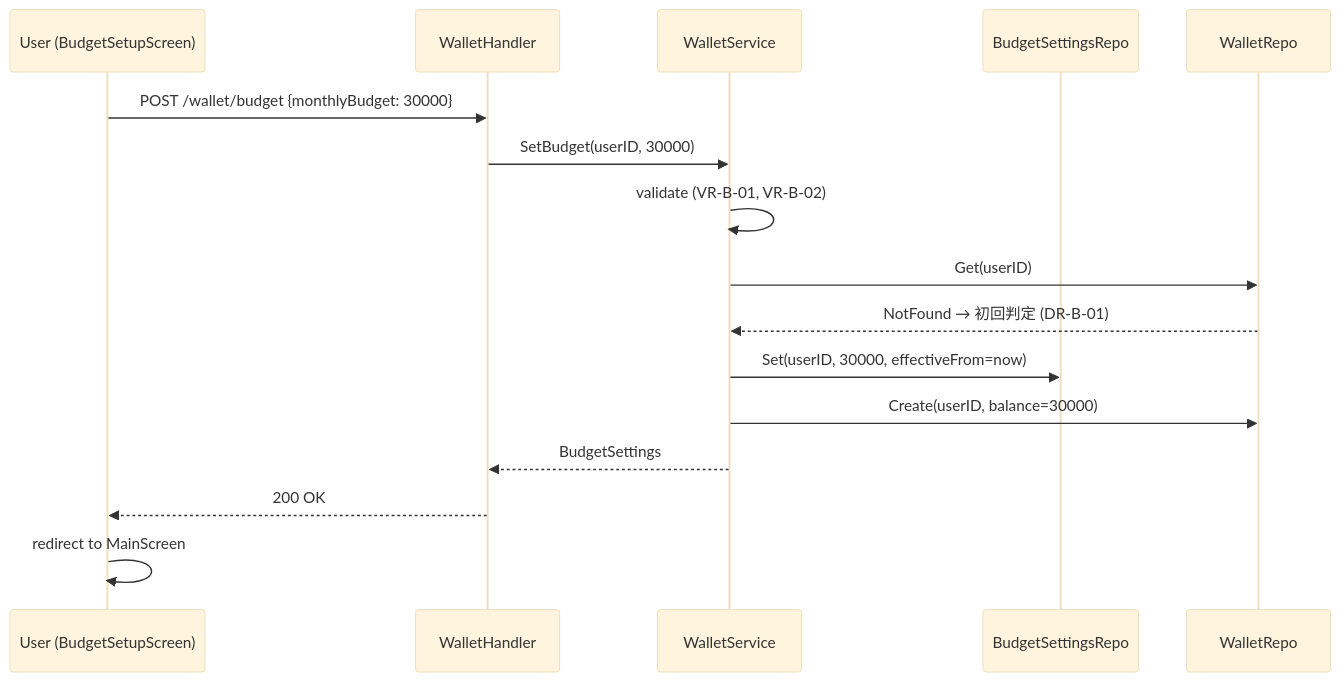
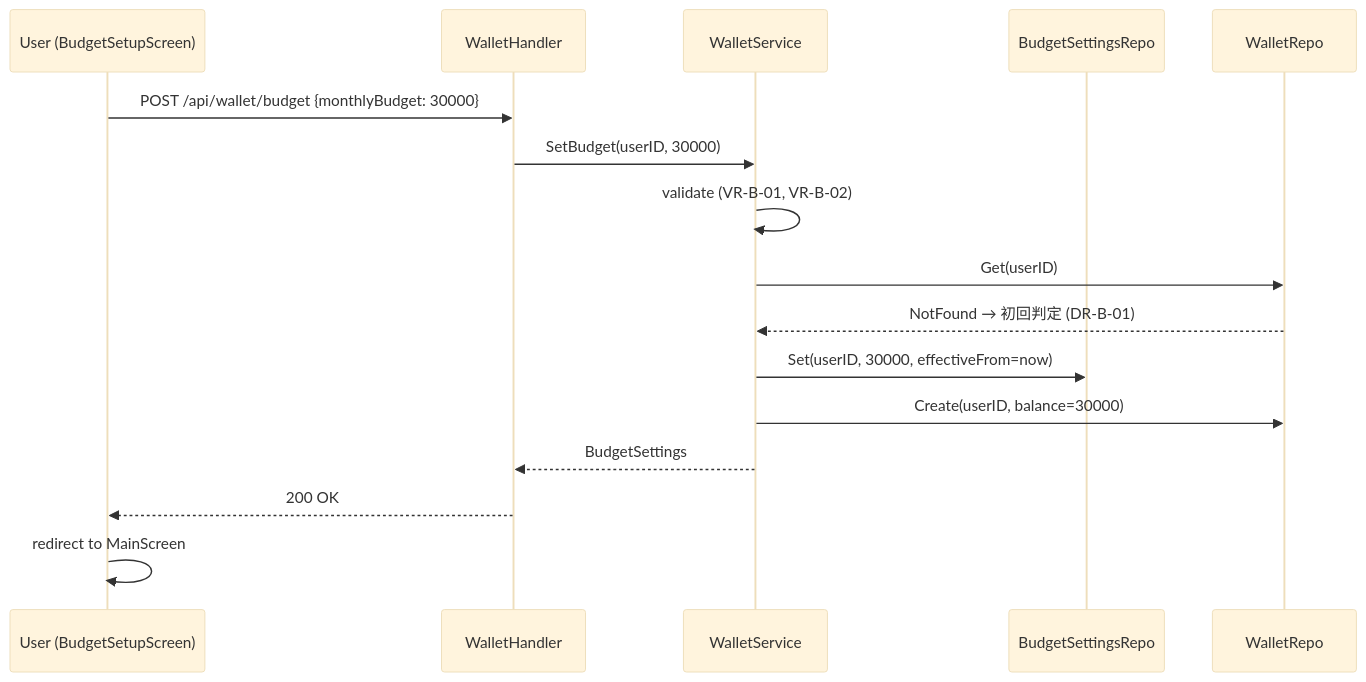
Before and after one commit to ryotinjpn/goro2pay: the third of 12 diagrams in aidlc-docs/construction/budget/functional-design/business-logic-model.md, drawn with Mermaid (base theme). The commit also changed other lines of this file and 3 other files, not shown here.

````diff
--- a/aidlc-docs/construction/budget/functional-design/business-logic-model.md
+++ b/aidlc-docs/construction/budget/functional-design/business-logic-model.md
@@ -265,19 +271,19 @@
 ```mermaid
 sequenceDiagram
     participant U as User (BudgetSetupScreen)
     participant H as WalletHandler
     participant S as WalletService
     participant BR as BudgetSettingsRepo
     participant WR as WalletRepo
 
-    U->>H: POST /wallet/budget {monthlyBudget: 30000}
+    U->>H: POST /api/wallet/budget {monthlyBudget: 30000}
     H->>S: SetBudget(userID, 30000)
     S->>S: validate (VR-B-01, VR-B-02)
     S->>WR: Get(userID)
     WR-->>S: NotFound → 初回判定 (DR-B-01)
     S->>BR: Set(userID, 30000, effectiveFrom=now)
     S->>WR: Create(userID, balance=30000)
     S-->>H: BudgetSettings
     H-->>U: 200 OK
     U->>U: redirect to MainScreen
 ```
````
